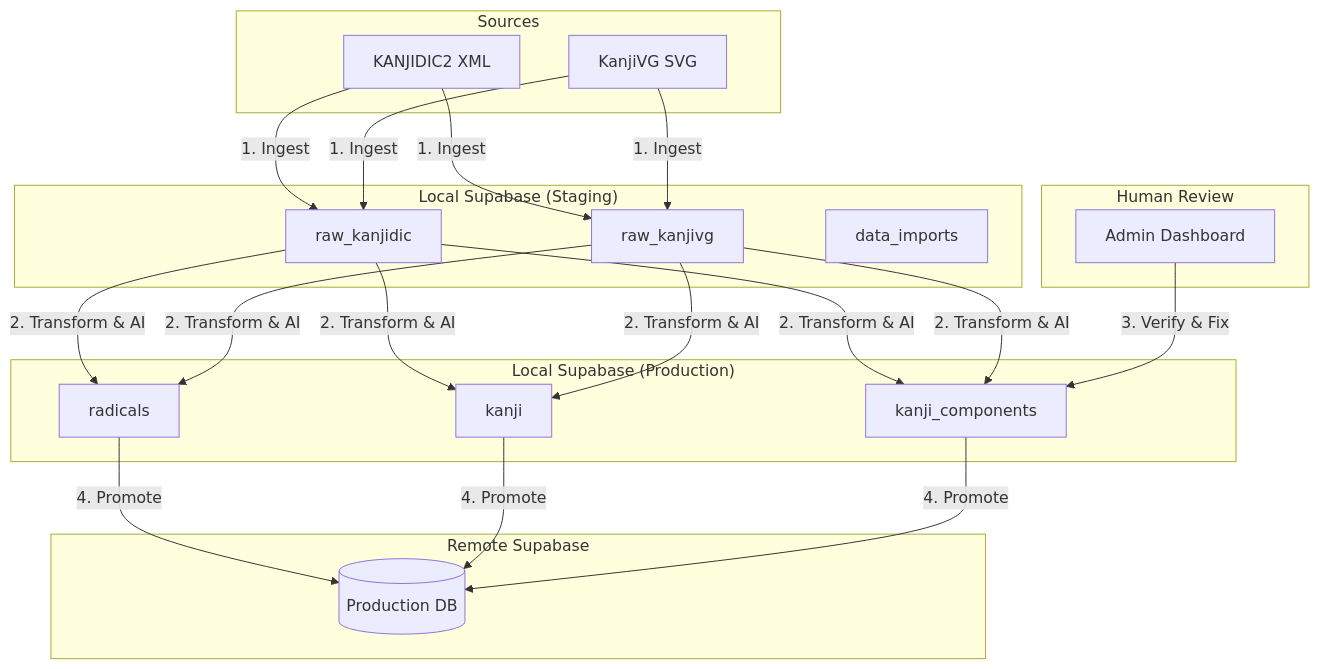
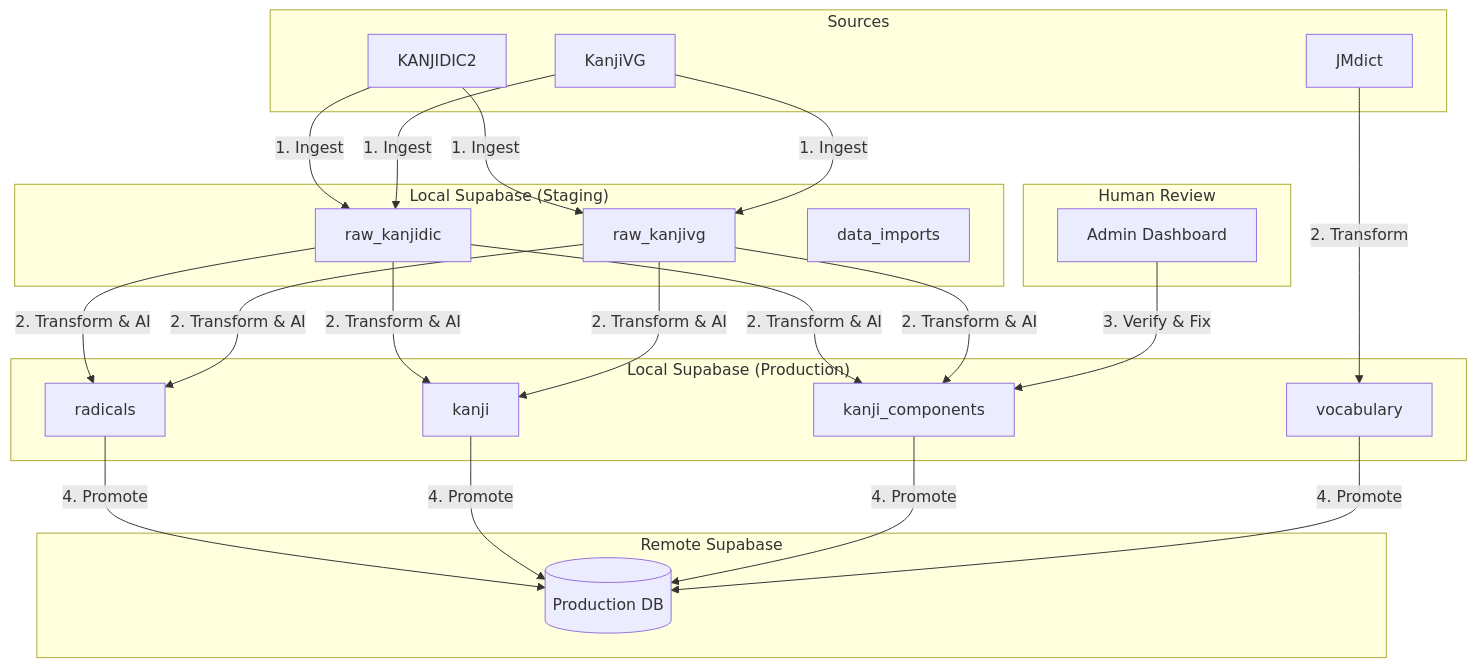
The diagram in docs/technical/pipeline.md (Va1erii/kanji_craft), drawn with Mermaid before and after one commit. The commit also changed other lines of this file, not shown here.

First line of the commit message:
docs(pipeline): add vocabulary extraction and source catalog

````diff
--- a/docs/technical/pipeline.md
+++ b/docs/technical/pipeline.md
@@ -11,32 +35,35 @@
 ```mermaid
 graph TD
     subgraph Sources
-        XML[KANJIDIC2 XML]
-        SVG[KanjiVG SVG]
+        XML[KANJIDIC2]
+        SVG[KanjiVG]
+        JMD[JMdict]
     end
 
     subgraph "Local Supabase (Staging)"
         RawK[raw_kanjidic]
         RawV[raw_kanjivg]
         Imports[data_imports]
     end
 
     subgraph "Local Supabase (Production)"
         Rad[radicals]
         Kan[kanji]
         Comp[kanji_components]
+        Vocab[vocabulary]
     end
 
     subgraph "Human Review"
         Admin[Admin Dashboard]
     end
 
     subgraph "Remote Supabase"
         ProdDB[(Production DB)]
     end
 
     XML & SVG -->|"1. Ingest"| RawK & RawV
     RawK & RawV -->|"2. Transform & AI"| Rad & Kan & Comp
+    JMD -->|"2. Transform"| Vocab
     Admin -->|"3. Verify & Fix"| Comp
-    Rad & Kan & Comp -->|"4. Promote"| ProdDB
+    Rad & Kan & Comp & Vocab -->|"4. Promote"| ProdDB
 ```
````
